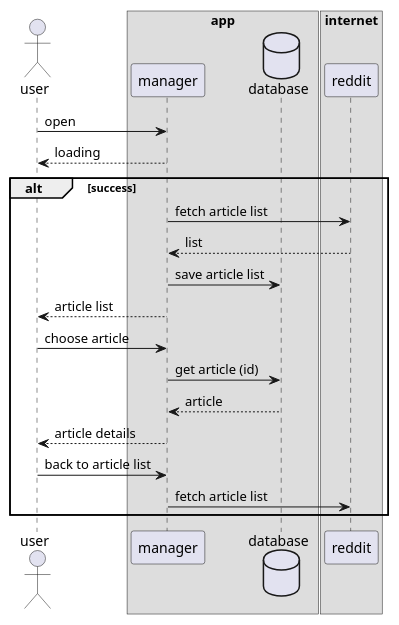
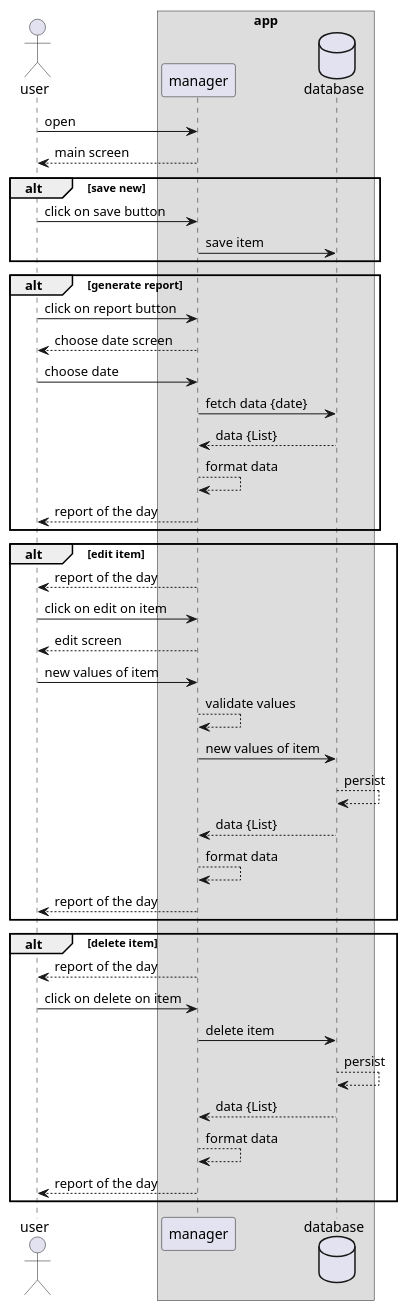
One commit to viniciushisao/timesheet-android-app changed the diagram in docs/puml/sequencediagram.puml. Above: the diagram before and after it, drawn with PlantUML. The commit also changed 4 other files, not shown here.

```diff
--- a/docs/puml/sequencediagram.puml
+++ b/docs/puml/sequencediagram.puml
@@ -1,31 +1,50 @@
 @startuml
 actor user
 
 box "app"
 participant manager
 database database
 endbox
 
-box "internet"
-participant reddit
-endbox
+user -> manager : open
+manager --> user : main screen
 
-
-user -> manager : open
-manager --> user : loading
-alt success
-manager -> reddit : fetch article list
-reddit --> manager : list
-manager -> database : save article list
-manager --> user: article list
-user -> manager : choose article
-manager -> database : get article (id)
-database --> manager : article
-manager --> user : article details
-user -> manager : back to article list
-manager -> reddit : fetch article list
-
+alt save new
+user -> manager : click on save button
+manager -> database : save item
 end
 
+alt generate report
+user -> manager : click on report button
+manager --> user : choose date screen
+user -> manager : choose date
+manager -> database : fetch data {date}
+database --> manager : data {List}
+manager --> manager : format data
+manager --> user : report of the day
+end
+
+alt edit item
+manager --> user : report of the day
+user -> manager : click on edit on item
+manager --> user : edit screen
+user -> manager : new values of item
+manager --> manager : validate values
+manager -> database : new values of item
+database --> database : persist
+database --> manager : data {List}
+manager --> manager : format data
+manager --> user : report of the day
+end
+
+alt delete item
+manager --> user : report of the day
+user -> manager : click on delete on item
+manager -> database : delete item
+database --> database : persist
+database --> manager : data {List}
+manager --> manager : format data
+manager --> user : report of the day
+end
 
 @enduml
```
